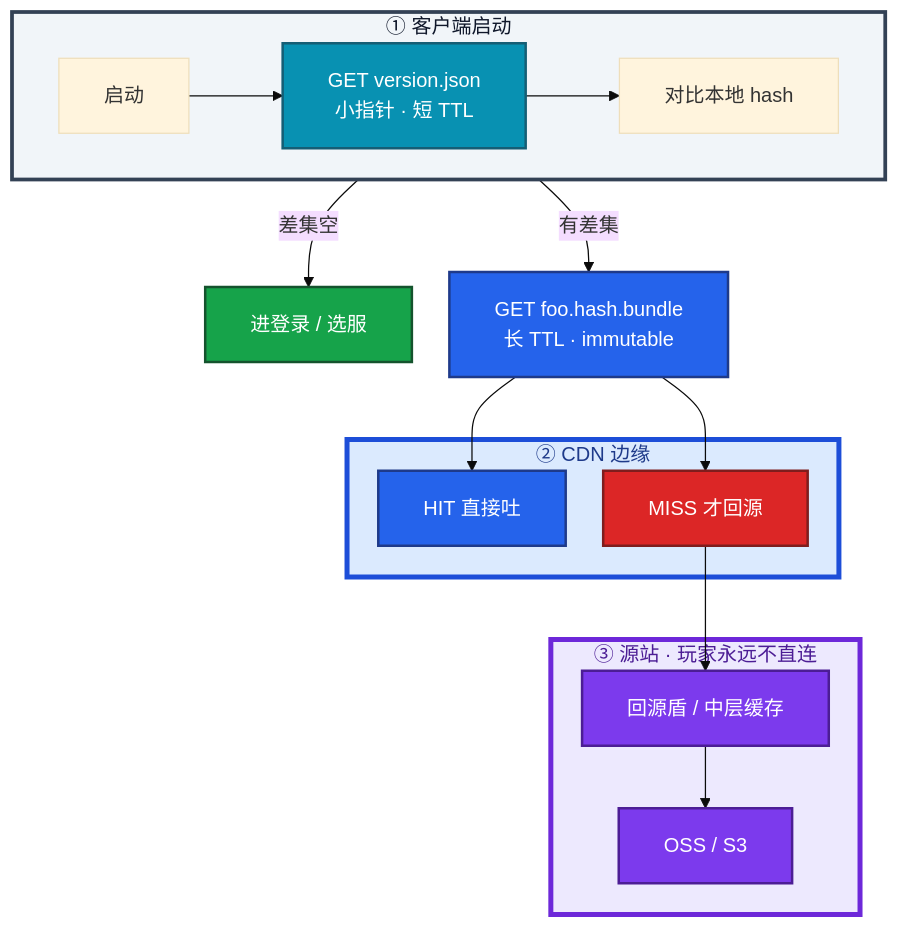
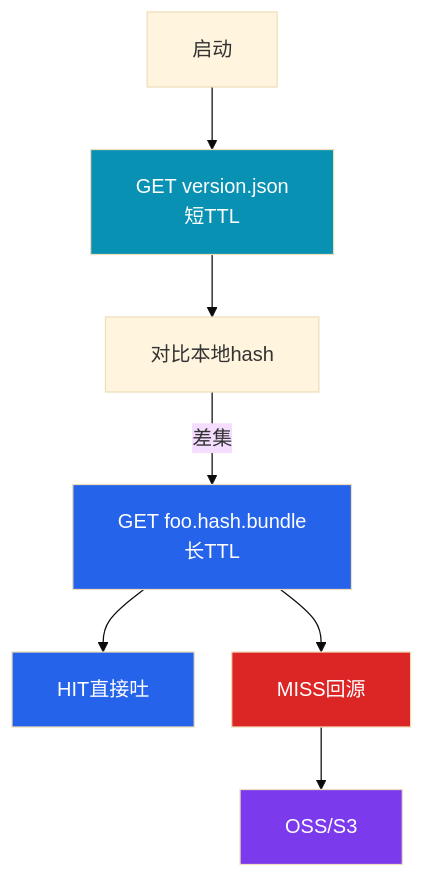
One commit to ml-cuizijun/LearnToLilith changed the second of 2 diagrams in 08-游戏运维专题/06-CDN与资源更新/知识点.md. Above: the diagram before and after it, drawn with Mermaid. The commit also changed other lines of this file and 213 other files, not shown here.

````diff
--- a/08-游戏运维专题/06-CDN与资源更新/知识点.md
+++ b/08-游戏运维专题/06-CDN与资源更新/知识点.md
@@ -84,41 +56,15 @@
 ```mermaid
 %%{init: {"flowchart": {"padding": 18, "nodeSpacing": 30, "rankSpacing": 50}, "theme": "base"}}%%
 flowchart TB
-    subgraph client ["① 客户端启动"]
-        direction LR
-        start[启动] --> ptr["GET version.json<br/>小指针 · 短 TTL"]
-        ptr --> cmp[对比本地 hash]
-    end
-
-    subgraph edge ["② CDN 边缘"]
-        hit[HIT 直接吐]
-        miss[MISS 才回源]
-    end
-
-    subgraph origin ["③ 源站 · 玩家永远不直连"]
-        oss["OSS / S3"]
-        shield["回源盾 / 中层缓存"]
-        miss --> shield
-        shield --> oss
-    end
-
-    cmp -->|差集空| login[进登录 / 选服]
-    cmp -->|有差集| file["GET foo.hash.bundle<br/>长 TTL · immutable"]
-    file --> hit
-    file --> miss
-
-    classDef ptr fill:#0891B2,stroke:#155E75,stroke-width:2px,color:#fff
-    classDef file fill:#2563EB,stroke:#1E3A8A,stroke-width:2px,color:#fff
-    classDef ok fill:#16A34A,stroke:#14532D,stroke-width:2px,color:#fff
-    classDef bad fill:#DC2626,stroke:#7F1D1D,stroke-width:2px,color:#fff
-    classDef originN fill:#7C3AED,stroke:#4C1D95,stroke-width:2px,color:#fff
-    class ptr ptr
-    class file,hit file
-    class login ok
-    class miss bad
-    class oss,shield originN
-
-    style client fill:#F1F5F9,stroke:#334155,stroke-width:3px,color:#0F172A
-    style edge fill:#DBEAFE,stroke:#1D4ED8,stroke-width:4px,color:#1E3A8A
-    style origin fill:#EDE9FE,stroke:#6D28D9,stroke-width:4px,color:#4C1D95
+    start[启动] --> ptr["GET version.json<br/>短TTL"]
+    ptr --> cmp[对比本地hash]
+    cmp -->|差集| file["GET foo.hash.bundle<br/>长TTL"]
+    file --> hit[HIT直接吐]
+    file --> miss[MISS回源]
+    miss --> oss[OSS/S3]
+    classDef ptr fill:#0891B2,color:#fff
+    classDef file fill:#2563EB,color:#fff
+    classDef bad fill:#DC2626,color:#fff
+    classDef origin fill:#7C3AED,color:#fff
+    class ptr ptr; class file,hit file; class miss bad; class oss origin
 ```
````
